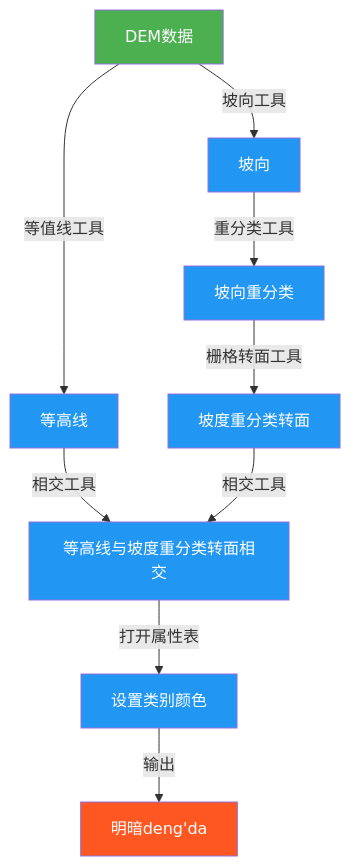
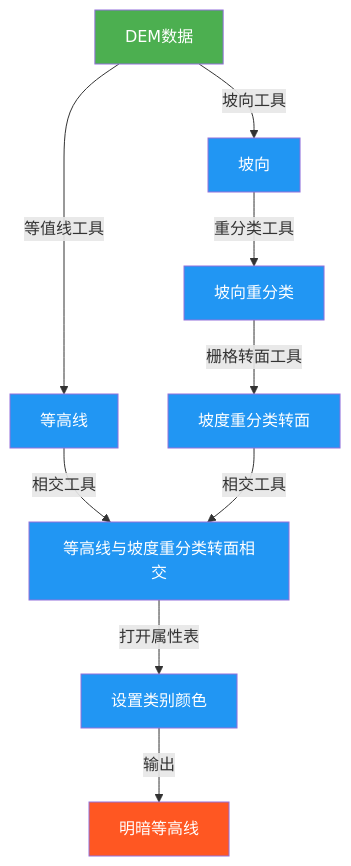
The diagram in all/未命名.md (newguser/iodraw-files), drawn with Mermaid before and after one commit.

Commit message:
2025-02-27 21:26:48 update

````diff
--- a/all/未命名.md
+++ b/all/未命名.md
@@ -1,16 +1,16 @@
 ```mermaid
 graph TD
     A[DEM数据] -->|等值线工具| B[等高线]
     A -->|坡向工具| C[坡向]
     C -->|重分类工具| D[坡向重分类]
     D -->|栅格转面工具| E[坡度重分类转面]
     B -->|相交工具| F[等高线与坡度重分类转面相交]
     E -->|相交工具| F
     F -->|打开属性表| G[设置类别颜色]
-    G -->|输出| H[明暗deng'da]
+    G -->|输出| H[明暗等高线]
 
     style A fill:#4CAF50,color:white
     style H fill:#FF5722,color:white
     classDef process fill:#2196F3,color:white;
     class B,C,D,E,F,G process
 ```
````
